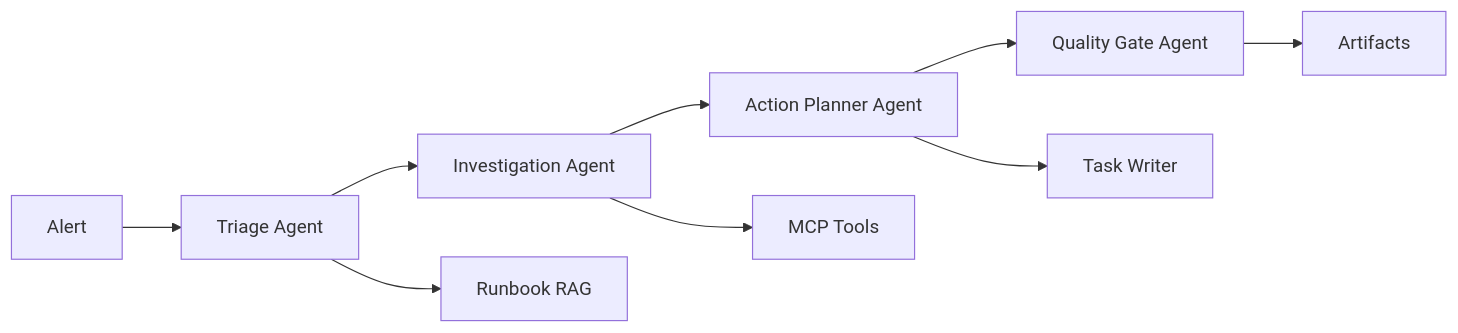
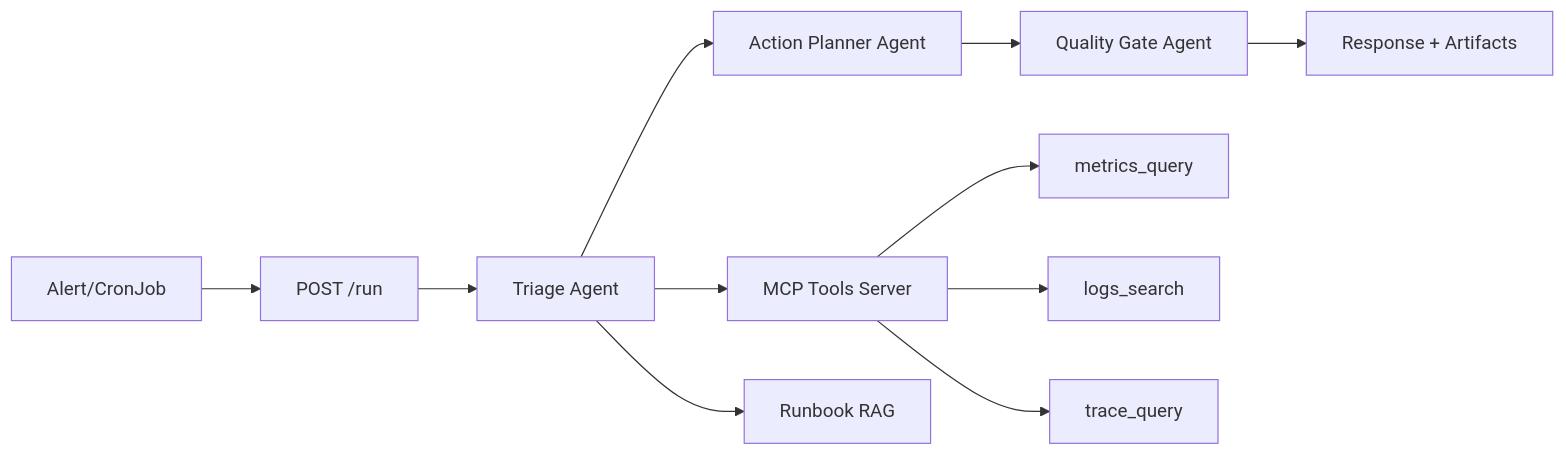
The diagram in instrumentation-genai/opentelemetry-instrumentation-langchain/examples/sre_incident_copilot/README.md (signalfx/splunk-otel-python-contrib), drawn with Mermaid before and after one commit. The commit also changed other lines of this file and 9 other files, not shown here.

Commit message:
run as server

````diff
--- a/instrumentation-genai/opentelemetry-instrumentation-langchain/examples/sre_incident_copilot/README.md
+++ b/instrumentation-genai/opentelemetry-instrumentation-langchain/examples/sre_incident_copilot/README.md
@@ -32,12 +57,14 @@
 ```mermaid
 graph LR
-    A[Alert] --> B[Triage Agent]
-    B --> C[Investigation Agent]
+    A[Alert/CronJob] --> B[POST /run]
+    B --> C[Triage Agent]
     C --> D[Action Planner Agent]
     D --> E[Quality Gate Agent]
-    E --> F[Artifacts]
+    E --> F[Response + Artifacts]
 
-    C --> G[MCP Tools]
-    B --> H[Runbook RAG]
-    D --> I[Task Writer]
+    C --> G[MCP Tools Server]
+    G --> H[metrics_query]
+    G --> I[logs_search]
+    G --> J[trace_query]
+    C --> K[Runbook RAG]
 ```
````
